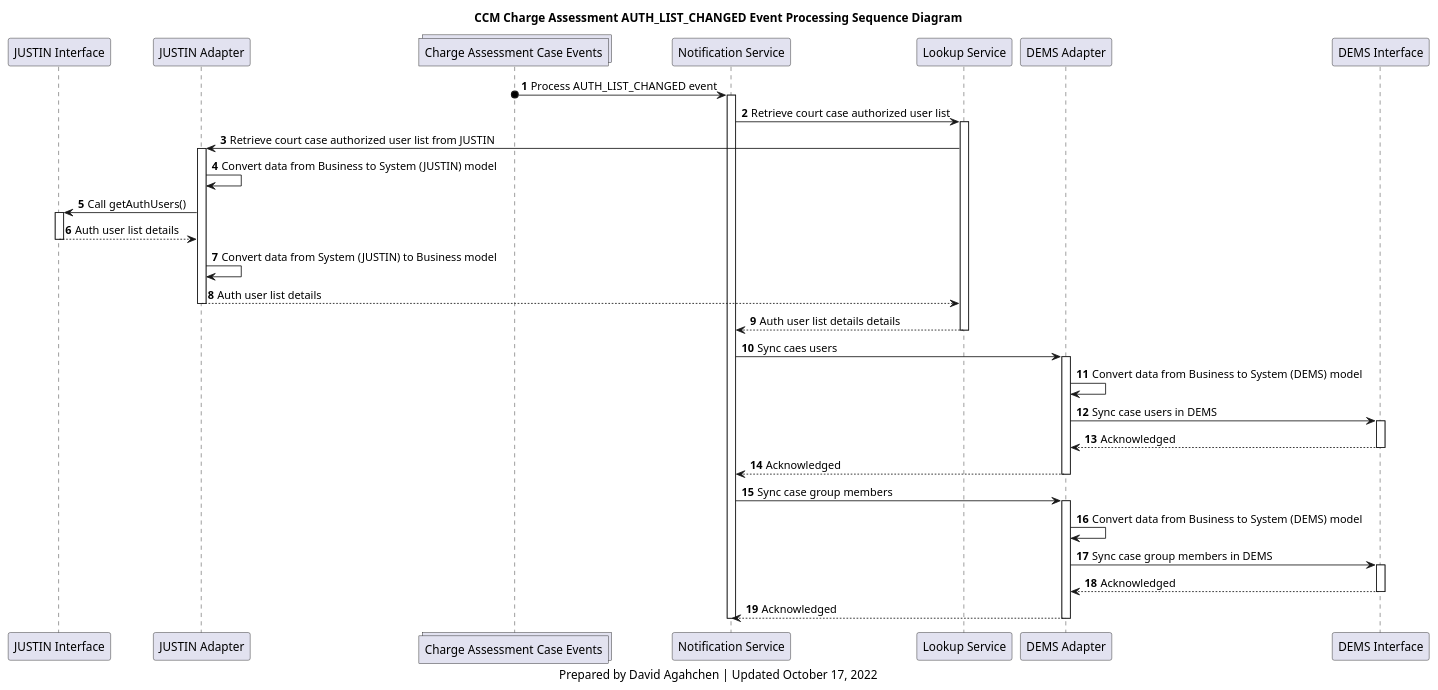
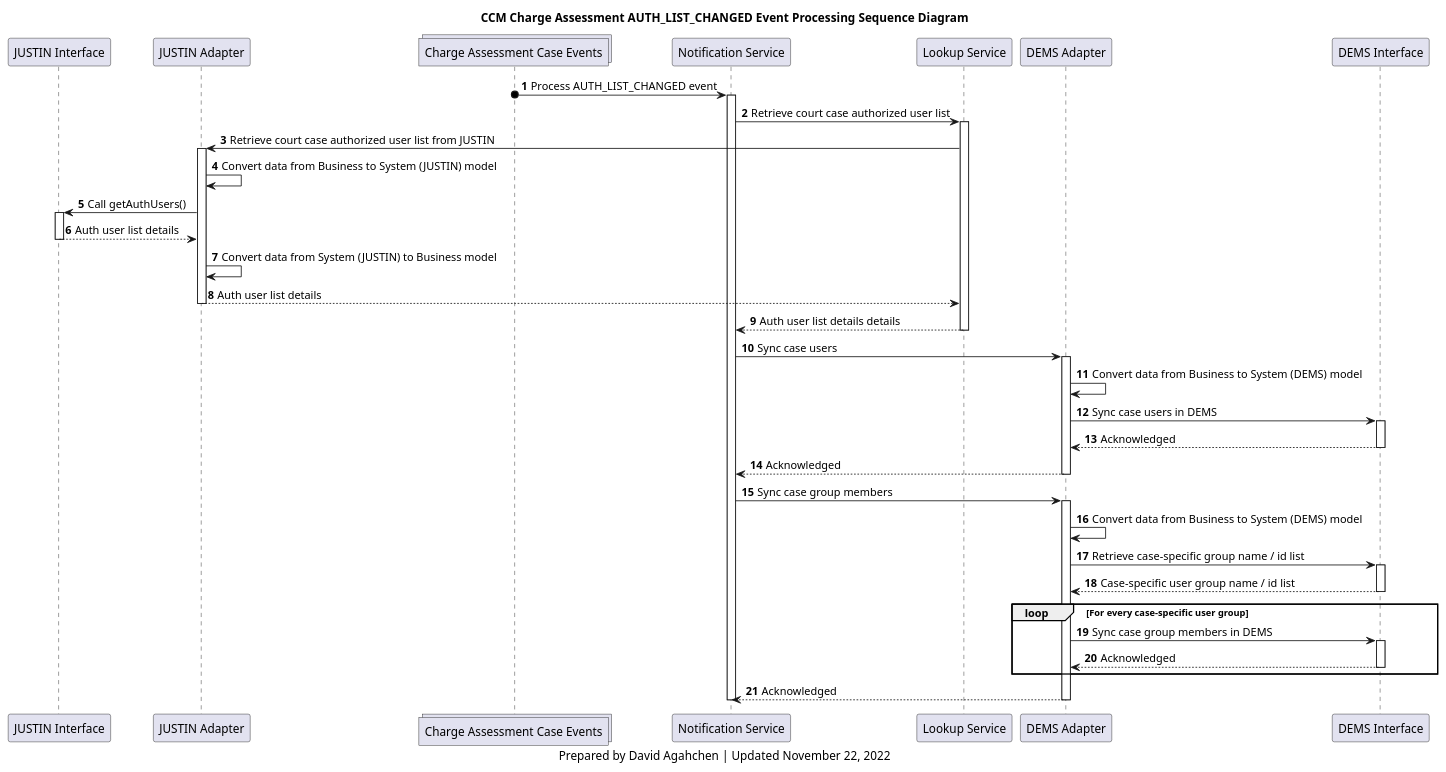
One commit to bcgov/jpss-jade-ccm changed the diagram in diagrams/ccm_charge_assessment_case_auth_list_changed_processing_sequence_diagram.plantuml. Above: the diagram before and after it, drawn with PlantUML. The commit also changed 7 other files, not shown here.

```diff
--- a/diagrams/ccm_charge_assessment_case_auth_list_changed_processing_sequence_diagram.plantuml
+++ b/diagrams/ccm_charge_assessment_case_auth_list_changed_processing_sequence_diagram.plantuml
@@ -1,61 +1,67 @@
 @startuml
 'hide footbox
 participant j_interface as "JUSTIN Interface"
 participant j_adapter as "JUSTIN Adapter"
 collections charge_assessment_cases_topic as "Charge Assessment Case Events"
 participant notification_service as "Notification Service"
 participant lookup_service as "Lookup Service"
 participant d_adapter as "DEMS Adapter"
 participant d_interface as "DEMS Interface"
 
 title
 CCM Charge Assessment AUTH_LIST_CHANGED Event Processing Sequence Diagram
 end title
 
 autonumber
 
 charge_assessment_cases_topic o-> notification_service : Process AUTH_LIST_CHANGED event
 activate notification_service
 notification_service -> lookup_service: Retrieve court case authorized user list
 activate lookup_service
 lookup_service -> j_adapter: Retrieve court case authorized user list from JUSTIN
 
 activate j_adapter
 j_adapter -> j_adapter: Convert data from Business to System (JUSTIN) model
 j_adapter -> j_interface: Call getAuthUsers()
 activate j_interface
 j_interface --> j_adapter: Auth user list details
 deactivate j_interface
 j_adapter -> j_adapter: Convert data from System (JUSTIN) to Business model
 j_adapter --> lookup_service: Auth user list details
 deactivate j_adapter
 
 lookup_service --> notification_service: Auth user list details details
 deactivate lookup_service
 
-notification_service -> d_adapter: Sync caes users
+notification_service -> d_adapter: Sync case users
 activate d_adapter
 d_adapter -> d_adapter: Convert data from Business to System (DEMS) model
 d_adapter -> d_interface: Sync case users in DEMS
 activate d_interface
 d_interface --> d_adapter: Acknowledged
 deactivate d_interface
 d_adapter --> notification_service: Acknowledged
 deactivate d_adapter
 
 notification_service -> d_adapter: Sync case group members
 activate d_adapter
 d_adapter -> d_adapter: Convert data from Business to System (DEMS) model
-d_adapter -> d_interface: Sync case group members in DEMS
+d_adapter -> d_interface: Retrieve case-specific group name / id list
 activate d_interface
-d_interface --> d_adapter: Acknowledged
+d_interface --> d_adapter: Case-specific user group name / id list
 deactivate d_interface
+loop For every case-specific user group
+    d_adapter -> d_interface: Sync case group members in DEMS
+    activate d_interface
+    d_interface --> d_adapter: Acknowledged
+    deactivate d_interface
+end
 d_adapter --> notification_service: Acknowledged
 deactivate d_adapter
 
 deactivate notification_service
 
 caption
-Prepared by David Agahchen | Updated October 17, 2022
+Prepared by David Agahchen | Updated November 22, 2022
 end caption
 @enduml
```
